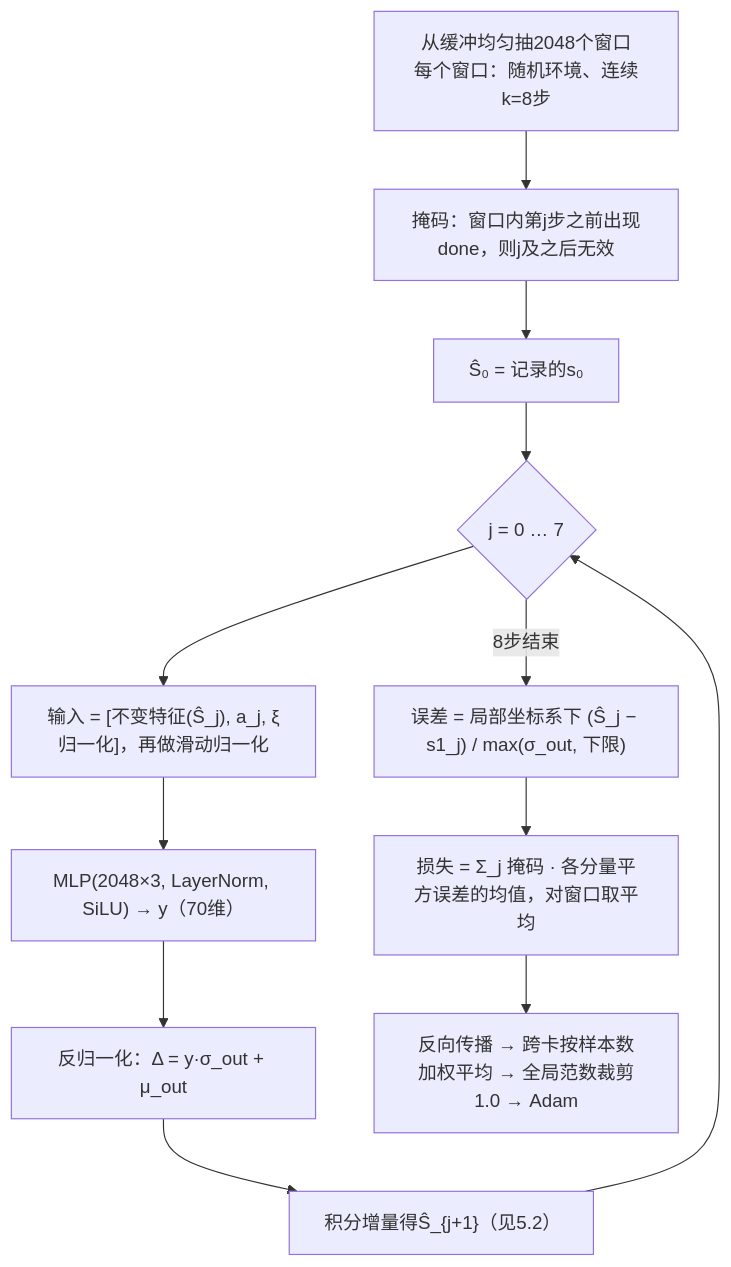
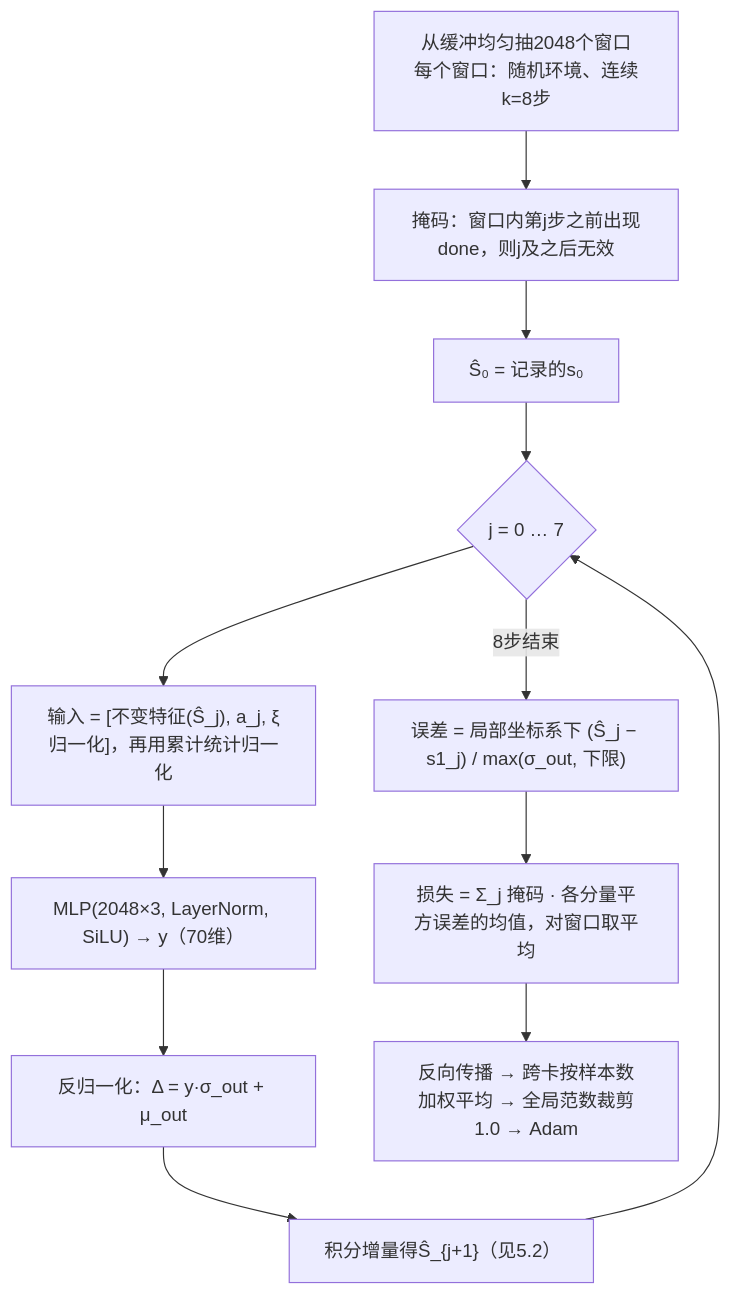
One commit to RaraAlu/Supermimic changed the sixth of 11 diagrams in docs/analysis/training_pipeline.md. Above: the diagram before and after it, drawn with Mermaid. The commit also changed other lines of this file and 12 other files, not shown here.

````diff
--- a/docs/analysis/training_pipeline.md
+++ b/docs/analysis/training_pipeline.md
@@ -283,14 +454,14 @@
 ```mermaid
 flowchart TD
     SAMP["从缓冲均匀抽2048个窗口<br/>每个窗口：随机环境、连续k=8步"] --> MASK["掩码：窗口内第j步之前出现done，则j及之后无效"]
     MASK --> S0["Ŝ₀ = 记录的s₀"]
     S0 --> LOOP{"j = 0 … 7"}
-    LOOP --> IN["输入 = [不变特征(Ŝ_j), a_j, ξ归一化]，再做滑动归一化"]
+    LOOP --> IN["输入 = [不变特征(Ŝ_j), a_j, ξ归一化]，再用累计统计归一化"]
     IN --> NET["MLP(2048×3, LayerNorm, SiLU) → y（70维）"]
     NET --> DEN["反归一化：Δ = y·σ_out + μ_out"]
     DEN --> INT["积分增量得Ŝ_{j+1}（见5.2）"]
     INT --> LOOP
     LOOP -->|"8步结束"| ERR["误差 = 局部坐标系下 (Ŝ_j − s1_j) / max(σ_out, 下限)"]
     ERR --> LOSS["损失 = Σ_j 掩码 · 各分量平方误差的均值，对窗口取平均"]
     LOSS --> OPT["反向传播 → 跨卡按样本数加权平均 → 全局范数裁剪1.0 → Adam"]
 ```
````
